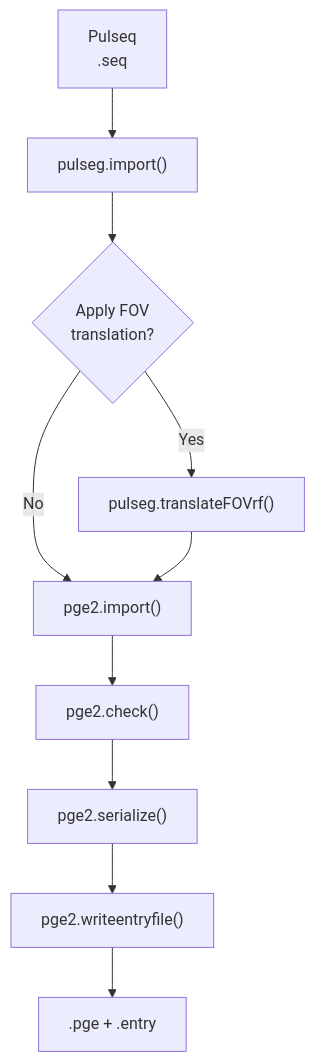
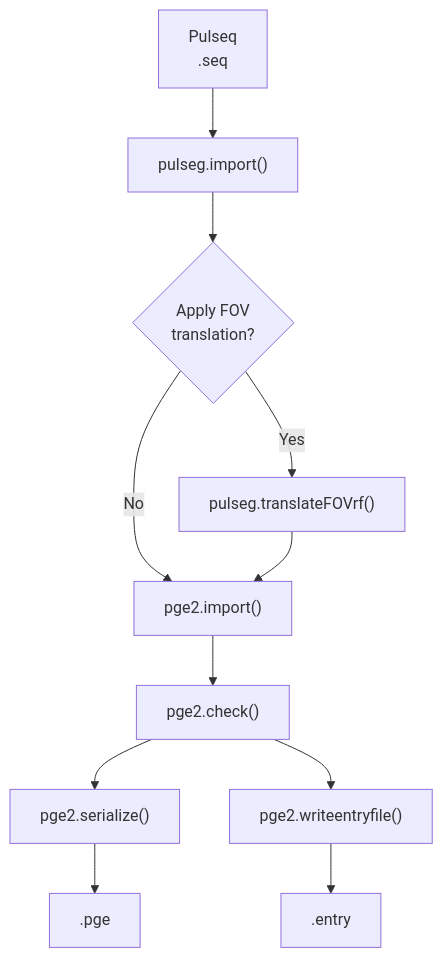
Before and after one commit to HarmonizedMRI/pge2: the diagram in scanner/compile/README.md, drawn with Mermaid.

Commit message:
Update workflow diagram On branch dev 	modified:   README.md

````diff
--- a/scanner/compile/README.md
+++ b/scanner/compile/README.md
@@ -15,12 +15,16 @@
 ```mermaid
 flowchart TD
     A["Pulseq<br/>.seq"] --> B["pulseg.import()"]
     B --> C{"Apply FOV<br/>translation?"}
     C -- Yes --> D["pulseg.translateFOVrf()"]
     C -- No --> E["pge2.import()"]
     D --> E
+
     E --> F["pge2.check()"]
+
     F --> G["pge2.serialize()"]
-    G --> H["pge2.writeentryfile()"]
-    H --> I[".pge + .entry"]
+    F --> H["pge2.writeentryfile()"]
+
+    G --> I[".pge"]
+    H --> J[".entry"]
 ```
````
